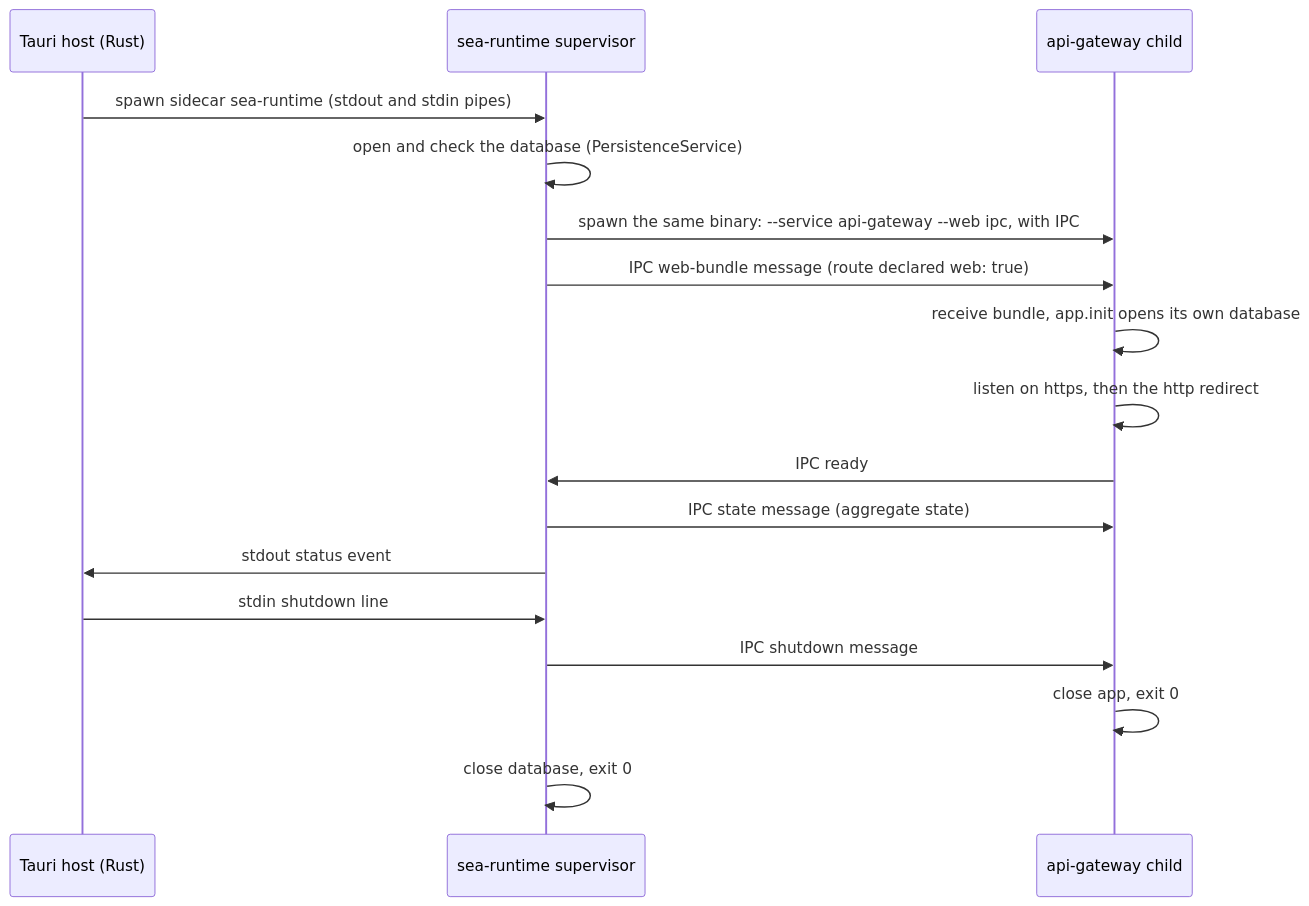
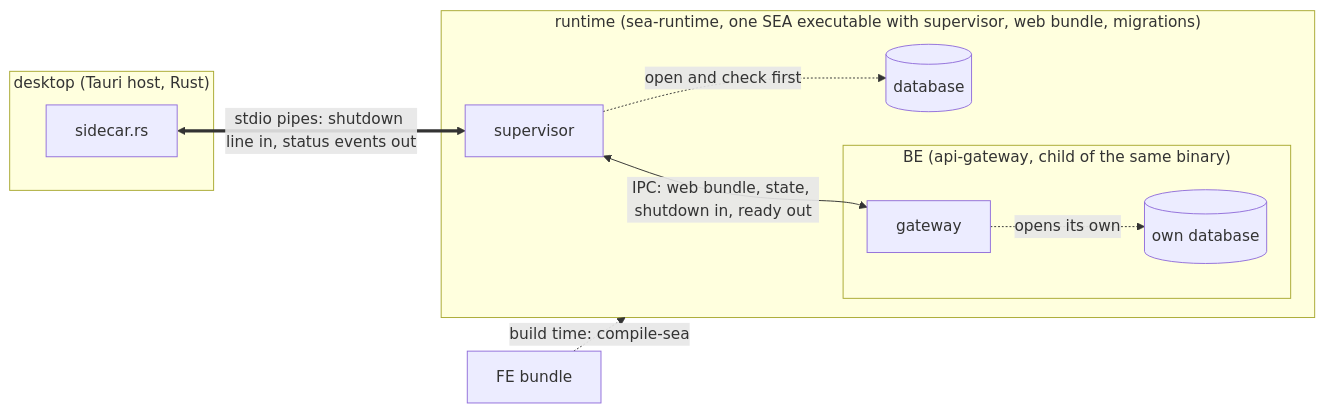
One commit to virgenherrera/lan-solution-template changed the first of 2 diagrams in docs/architecture/stages.md. Above: the diagram before and after it, drawn with Mermaid. The commit also changed other lines of this file, not shown here.

Commit message:
docs: rewrite process model as two small diagrams
Replace the sequence diagram with a structure diagram and a diagram of who serves the frontend.

- Show stdio pipes and Node IPC as distinct edge styles.
- Show the three contexts and mark unverified facts.
- Link the files that hold the facts.

````diff
--- a/docs/architecture/stages.md
+++ b/docs/architecture/stages.md
@@ -83,19 +85,19 @@
 ```mermaid
-sequenceDiagram
-    participant H as Tauri host (Rust)
-    participant S as sea-runtime supervisor
-    participant G as api-gateway child
-    H->>S: spawn sidecar sea-runtime (stdout and stdin pipes)
-    S->>S: open and check the database (PersistenceService)
-    S->>G: spawn the same binary: --service api-gateway --web ipc, with IPC
-    S->>G: IPC web-bundle message (route declared web: true)
-    G->>G: receive bundle, app.init opens its own database
-    G->>G: listen on https, then the http redirect
-    G->>S: IPC ready
-    S->>G: IPC state message (aggregate state)
-    S->>H: stdout status event
-    H->>S: stdin shutdown line
-    S->>G: IPC shutdown message
-    G->>G: close app, exit 0
-    S->>S: close database, exit 0
+flowchart LR
+    subgraph desktop["desktop (Tauri host, Rust)"]
+        host["sidecar.rs"]
+    end
+    subgraph runtime["runtime (sea-runtime, one SEA executable with supervisor, web bundle, migrations)"]
+        sup["supervisor"]
+        db[("database")]
+        subgraph be["BE (api-gateway, child of the same binary)"]
+            gw["gateway"]
+            gwdb[("own database")]
+        end
+    end
+    fe["FE bundle"] -. "build time: compile-sea" .-> runtime
+    host <== "stdio pipes: shutdown line in, status events out" ==> sup
+    sup -. "open and check first" .-> db
+    sup <-- "IPC: web bundle, state, shutdown in, ready out" --> gw
+    gw -. "opens its own" .-> gwdb
 ```
````
